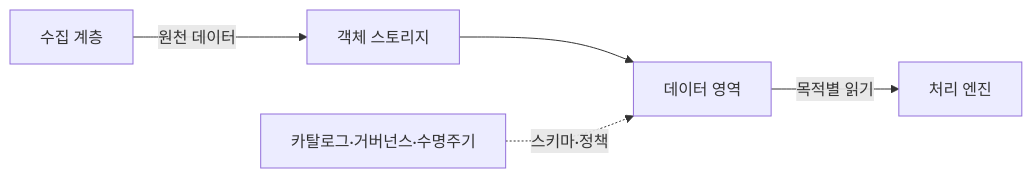
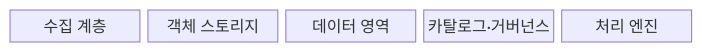
Before and after one commit to agnusdei1207/knowledge-base: the first of 2 diagrams in src/content/docs/notes/03-software/125_data_lake.md, drawn with Mermaid. The commit also changed other lines of this file and 20 other files, not shown here.

````diff
--- a/src/content/docs/notes/03-software/125_data_lake.md
+++ b/src/content/docs/notes/03-software/125_data_lake.md
@@ -60,7 +57,9 @@
 ```mermaid
-flowchart LR
-    I[수집 계층] -->|원천 데이터| O[객체 스토리지]
-    O --> Z[데이터 영역]
-    C[카탈로그·거버넌스·수명주기] -.->|스키마·정책| Z
-    Z -->|목적별 읽기| P[처리 엔진]
+block
+  columns 5
+  I["수집 계층"]
+  O["객체 스토리지"]
+  Z["데이터 영역"]
+  C["카탈로그·거버넌스"]
+  P["처리 엔진"]
 ```
````
